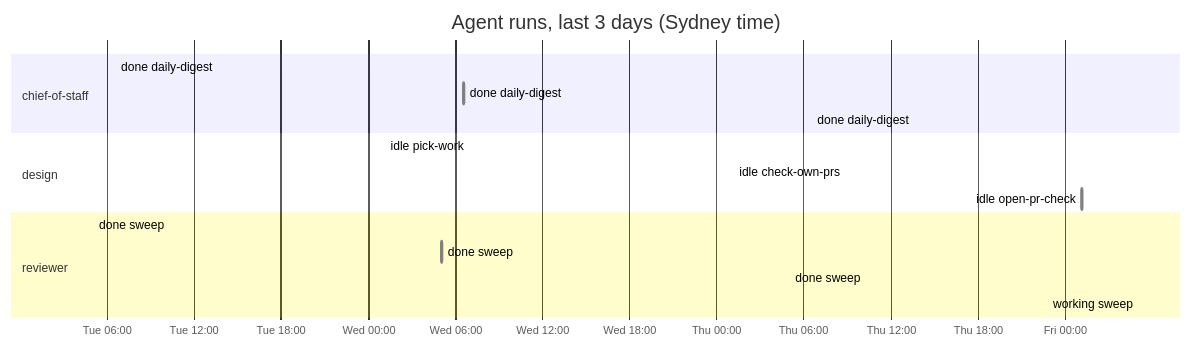
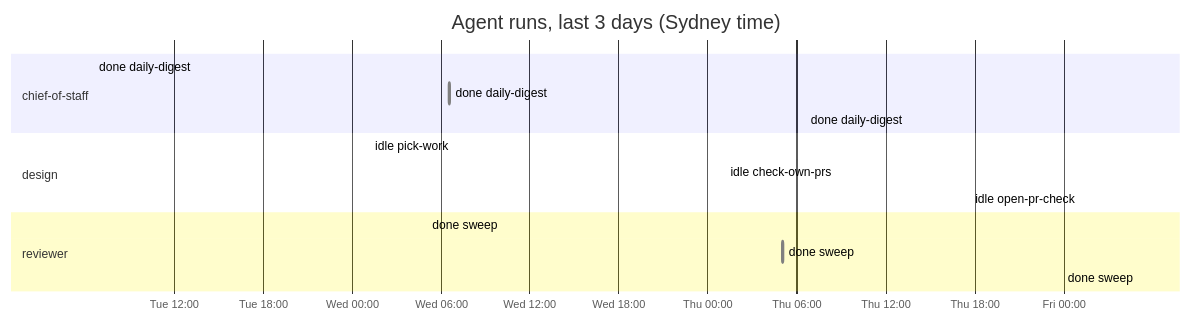
The diagram in dashboard.md (roulmediateam-byte/fifteen-expert-hq), drawn with Mermaid before and after one commit. The commit also changed other lines of this file and 1 other file, not shown here.

````diff
--- a/dashboard.md
+++ b/dashboard.md
@@ -46,19 +46,18 @@
 ```mermaid
 gantt
     title Agent runs, last 3 days (Sydney time)
     dateFormat YYYY-MM-DD HH:mm
     axisFormat %a %H:%M
     section chief-of-staff
     done daily-digest :done, 2026-11-17 06:35, 2026-11-17 06:36
     done daily-digest :done, 2026-11-18 06:35, 2026-11-18 06:36
     done daily-digest :done, 2026-11-19 06:35, 2026-11-19 06:36
     section design
     idle pick-work :done, 2026-11-18 01:11, 2026-11-18 01:11
     idle check-own-prs :done, 2026-11-19 01:10, 2026-11-19 01:11
     idle open-pr-check :done, 2026-11-20 01:10, 2026-11-20 01:11
     section reviewer
-    done sweep :done, 2026-11-17 05:05, 2026-11-17 05:05
     done sweep :done, 2026-11-18 05:04, 2026-11-18 05:05
     done sweep :done, 2026-11-19 05:04, 2026-11-19 05:05
-    working sweep :active, 2026-11-20 05:05, 2026-11-20 05:05
+    done sweep :done, 2026-11-20 05:05, 2026-11-20 05:05
 ```
````
